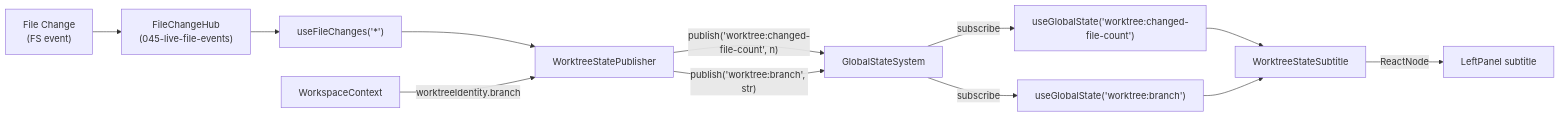
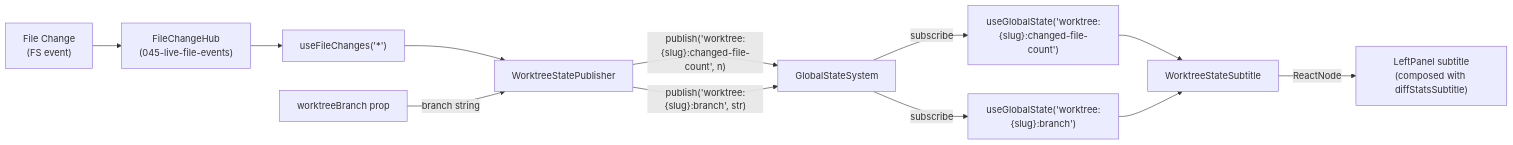
One commit to AI-Substrate/chainglass changed the second of 3 diagrams in docs/plans/053-global-state-system/tasks/phase-5-worktree-exemplar/tasks.md. Above: the diagram before and after it, drawn with Mermaid. The commit also changed other lines of this file and 10 other files, not shown here.

````diff
--- a/docs/plans/053-global-state-system/tasks/phase-5-worktree-exemplar/tasks.md
+++ b/docs/plans/053-global-state-system/tasks/phase-5-worktree-exemplar/tasks.md
@@ -220,14 +227,14 @@
 ```mermaid
 flowchart LR
     A["File Change<br/>(FS event)"] --> B["FileChangeHub<br/>(045-live-file-events)"]
     B --> C["useFileChanges('*')"]
     C --> D["WorktreeStatePublisher"]
-    D -->|"publish('worktree:changed-file-count', n)"| E["GlobalStateSystem"]
-    F["WorkspaceContext"] -->|"worktreeIdentity.branch"| D
-    D -->|"publish('worktree:branch', str)"| E
-    E -->|"subscribe"| G["useGlobalState('worktree:changed-file-count')"]
-    E -->|"subscribe"| H["useGlobalState('worktree:branch')"]
+    D -->|"publish('worktree:{slug}:changed-file-count', n)"| E["GlobalStateSystem"]
+    F["worktreeBranch prop"] -->|"branch string"| D
+    D -->|"publish('worktree:{slug}:branch', str)"| E
+    E -->|"subscribe"| G["useGlobalState('worktree:{slug}:changed-file-count')"]
+    E -->|"subscribe"| H["useGlobalState('worktree:{slug}:branch')"]
     G --> I["WorktreeStateSubtitle"]
     H --> I
-    I -->|"ReactNode"| J["LeftPanel subtitle"]
+    I -->|"ReactNode"| J["LeftPanel subtitle<br/>(composed with diffStatsSubtitle)"]
 ```
````
